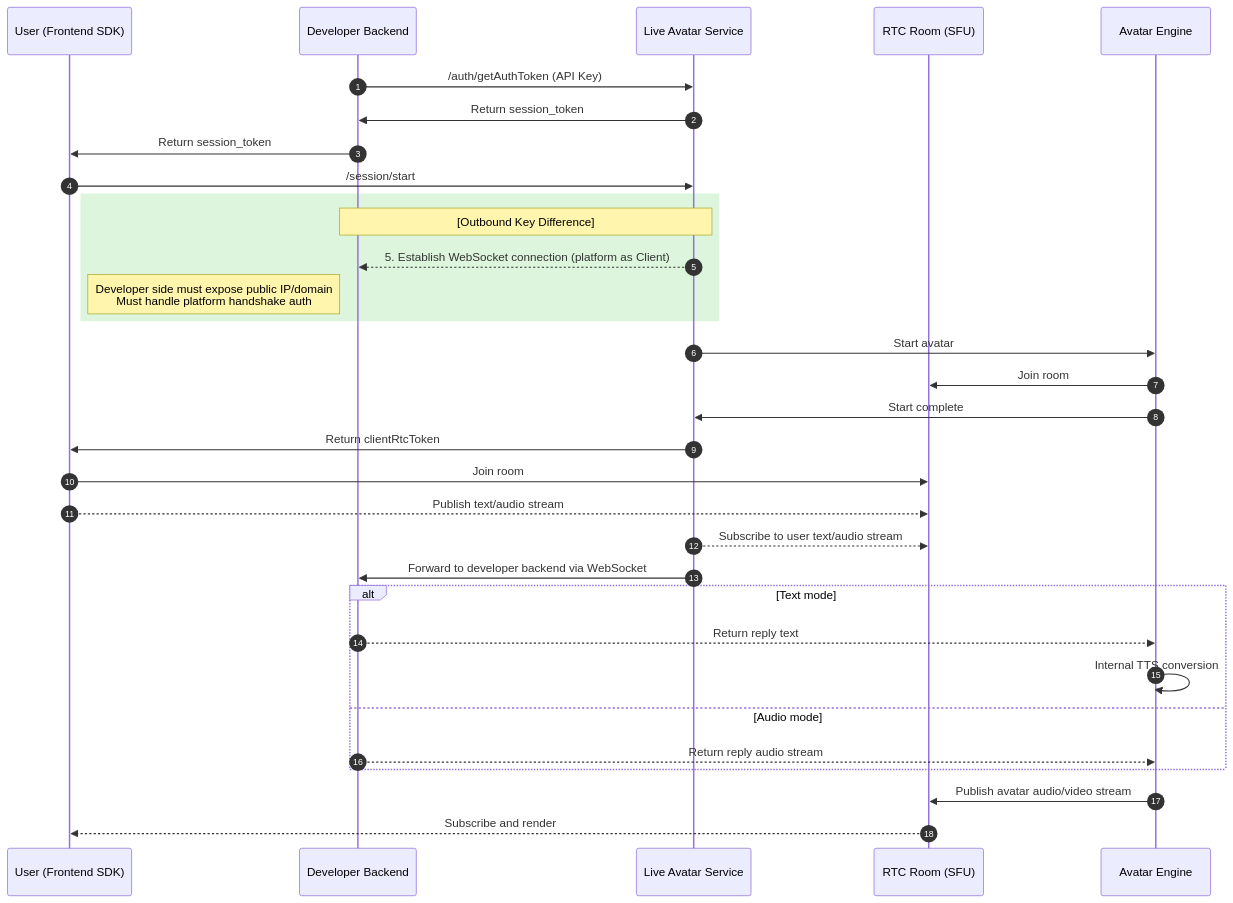
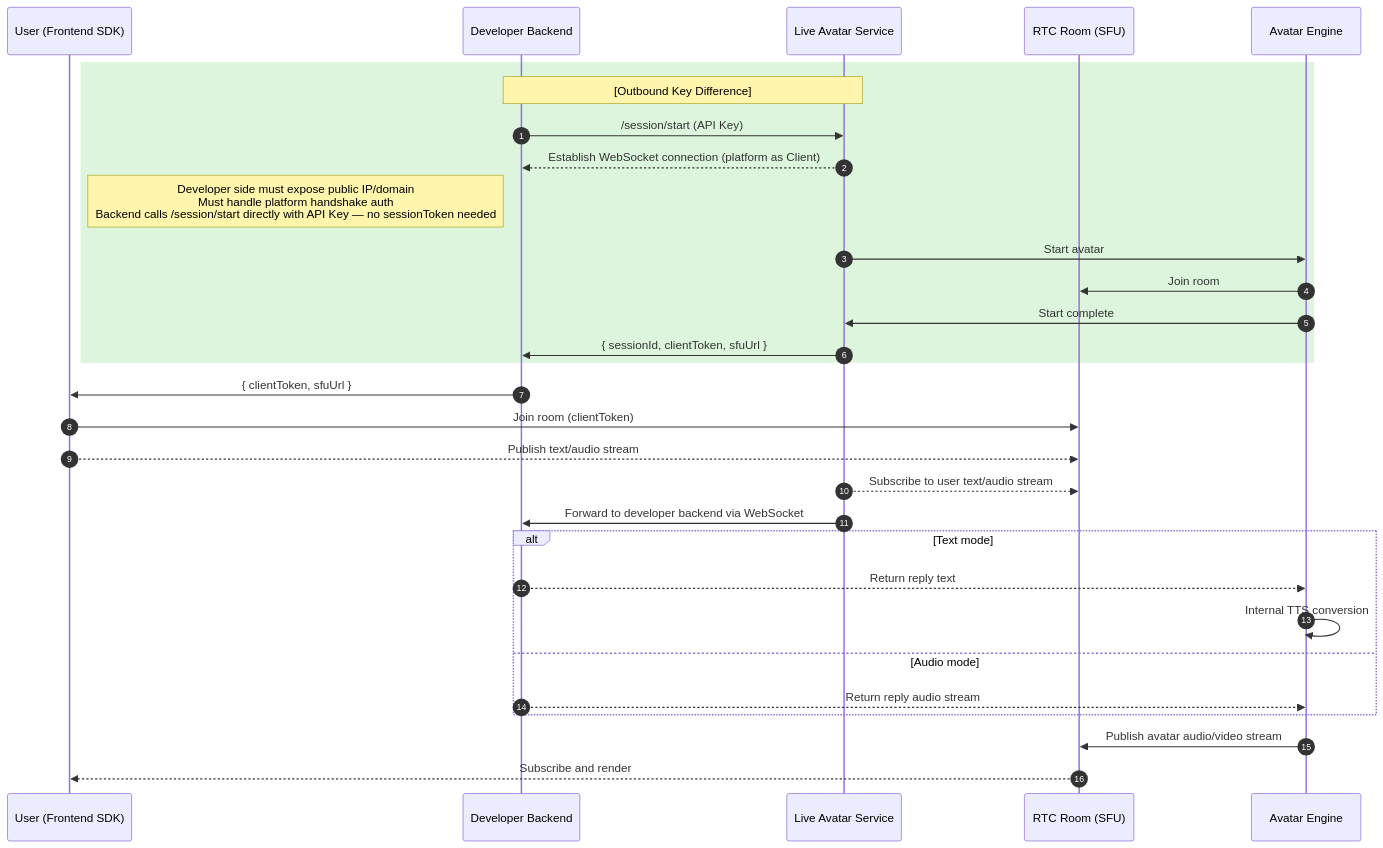
Before and after one commit to newportAI-lab/liveavatar-channel-python: the second of 3 diagrams in PROTOCOL.md, drawn with Mermaid. The commit also changed other lines of this file and 1 other file, not shown here.

Commit message:
outbound mode update

````diff
--- a/PROTOCOL.md
+++ b/PROTOCOL.md
@@ -127,47 +127,42 @@
 ```mermaid
 sequenceDiagram
     autonumber
     participant User as User (Frontend SDK)
     participant AppServer as Developer Backend
     participant Platform as Live Avatar Service
     participant RTC as RTC Room (SFU)
     participant Avatar as Avatar Engine
 
-    %% 1. Auth & Initialization
-    AppServer->>Platform: /auth/getAuthToken (API Key)
-    Platform->>AppServer: Return session_token
-    AppServer->>User: Return session_token
-
-    User->>Platform: /session/start
-
-    %% Key difference: Outbound mode connection initiation
+    %% Key difference: Outbound mode — backend calls /session/start directly, no sessionToken needed
     rect rgb(220, 245, 220)
-    Note over Platform, AppServer: [Outbound Key Difference]
-    Platform-->>AppServer: 5. Establish WebSocket connection (platform as Client)
-    Note left of AppServer: Developer side must expose public IP/domain<br/>Must handle platform handshake auth
-    end
-
+    Note over AppServer, Platform: [Outbound Key Difference]
+    AppServer->>Platform: /session/start (API Key)
+    Platform-->>AppServer: Establish WebSocket connection (platform as Client)
+    Note left of AppServer: Developer side must expose public IP/domain<br/>Must handle platform handshake auth<br/>Backend calls /session/start directly with API Key — no sessionToken needed
     Platform->>Avatar: Start avatar
     Avatar->>RTC: Join room
     Avatar->>Platform: Start complete
-    Platform->>User: Return clientRtcToken
+    Platform->>AppServer: { sessionId, clientToken, sfuUrl }
+    end
+
+    AppServer->>User: { clientToken, sfuUrl }
 
     %% 2. RTC link establishment
-    User->>RTC: Join room
+    User->>RTC: Join room (clientToken)
     User-->>RTC: Publish text/audio stream
 
     %% 3. Core business loop
     Platform-->>RTC: Subscribe to user text/audio stream
     Platform->>AppServer: Forward to developer backend via WebSocket
 
     alt Text mode
         AppServer-->>Avatar: Return reply text
         Avatar->>Avatar: Internal TTS conversion
     else Audio mode
         AppServer-->>Avatar: Return reply audio stream
     end
 
     %% 4. Avatar feedback
     Avatar->>RTC: Publish avatar audio/video stream
     RTC-->>User: Subscribe and render
 ```
````
